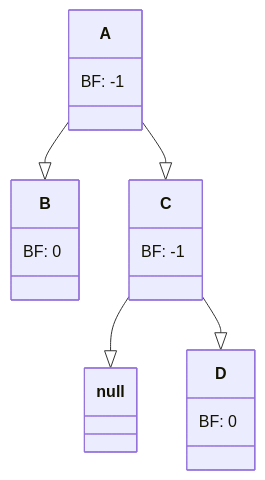
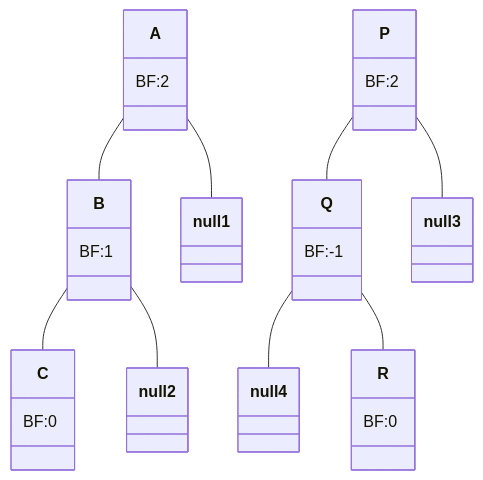
The second of 2 diagrams in AVLtree.md (venkat1924/DSA), drawn with Mermaid before and after one commit. The commit also changed other lines of this file, not shown here.

````diff
--- a/AVLtree.md
+++ b/AVLtree.md
@@ -14,12 +48,21 @@
 ```mermaid
 classDiagram
+class A{BF:2}
+class B{BF:1}
+class C{BF:0}
 
-class A {BF:  -1}
-class B {BF:  0}
-class C {BF: -1}
-class D {BF:  0}
-A--|>B
-A--|>C
-C--|>null
-C--|>D
+class P{BF:2}
+class Q{BF:-1}
+class R{BF:0}
+
+A--B
+A--null1
+B--C
+B--null2
+
+P--Q
+P--null3
+Q--null4
+Q--R
+
 ```
````
